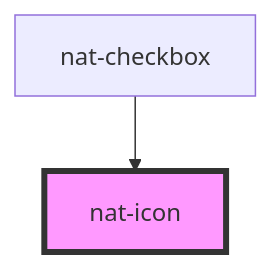
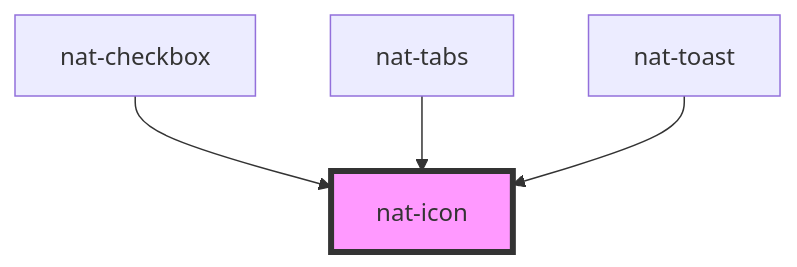
Before and after one commit to tuongna/nat-ui: the diagram in src/components/nat-icon/readme.md, drawn with Mermaid. The commit also changed other lines of this file and 6 other files, not shown here.

````diff
--- a/src/components/nat-icon/readme.md
+++ b/src/components/nat-icon/readme.md
@@ -38,5 +40,7 @@
 ```mermaid
 graph TD;
   nat-checkbox --> nat-icon
+  nat-tabs --> nat-icon
+  nat-toast --> nat-icon
   style nat-icon fill:#f9f,stroke:#333,stroke-width:4px
 ```
````
